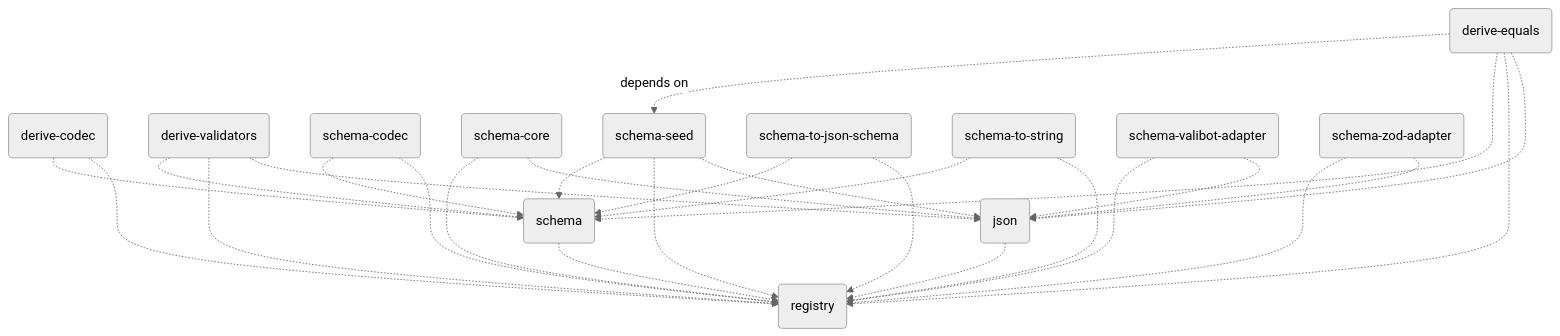
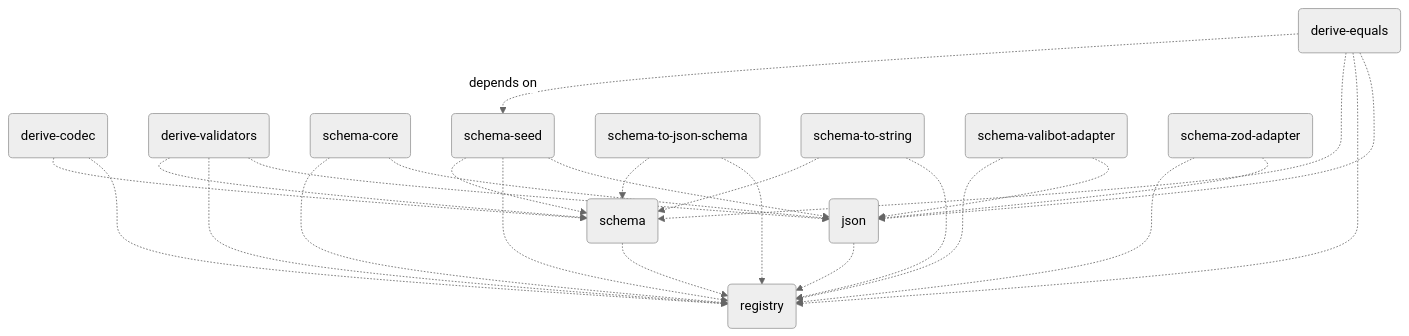
The diagram in README.md (traversable/schema), drawn with Mermaid (neutral theme) before and after one commit. The commit also changed 22 other files, not shown here.

Commit message:
rm(schema-codec): removes internal package `schema-codec`

````diff
--- a/README.md
+++ b/README.md
@@ -376,30 +376,28 @@
 ```mermaid
 flowchart TD
     registry(registry)
     json(json) -.-> registry(registry)
     schema(schema) -.-> registry(registry)
     derive-codec(derive-codec) -.-> registry(registry)
     derive-codec(derive-codec) -.-> schema(schema)
     derive-validators(derive-validators) -.-> json(json)
     derive-validators(derive-validators) -.-> registry(registry)
     derive-validators(derive-validators) -.-> schema(schema)
-    schema-codec(schema-codec) -.-> registry(registry)
-    schema-codec(schema-codec) -.-> schema(schema)
     schema-core(schema-core) -.-> json(json)
     schema-core(schema-core) -.-> registry(registry)
     schema-seed(schema-seed) -.-> json(json)
     schema-seed(schema-seed) -.-> registry(registry)
     schema-seed(schema-seed) -.-> schema(schema)
     schema-to-json-schema(schema-to-json-schema) -.-> registry(registry)
     schema-to-json-schema(schema-to-json-schema) -.-> schema(schema)
     schema-to-string(schema-to-string) -.-> registry(registry)
     schema-to-string(schema-to-string) -.-> schema(schema)
     schema-valibot-adapter(schema-valibot-adapter) -.-> json(json)
     schema-valibot-adapter(schema-valibot-adapter) -.-> registry(registry)
     schema-zod-adapter(schema-zod-adapter) -.-> json(json)
     schema-zod-adapter(schema-zod-adapter) -.-> registry(registry)
     derive-equals(derive-equals) -.-> json(json)
     derive-equals(derive-equals) -.-> registry(registry)
     derive-equals(derive-equals) -.-> schema(schema)
     derive-equals(derive-equals) -.depends on.-> schema-seed(schema-seed)
 ```
````
